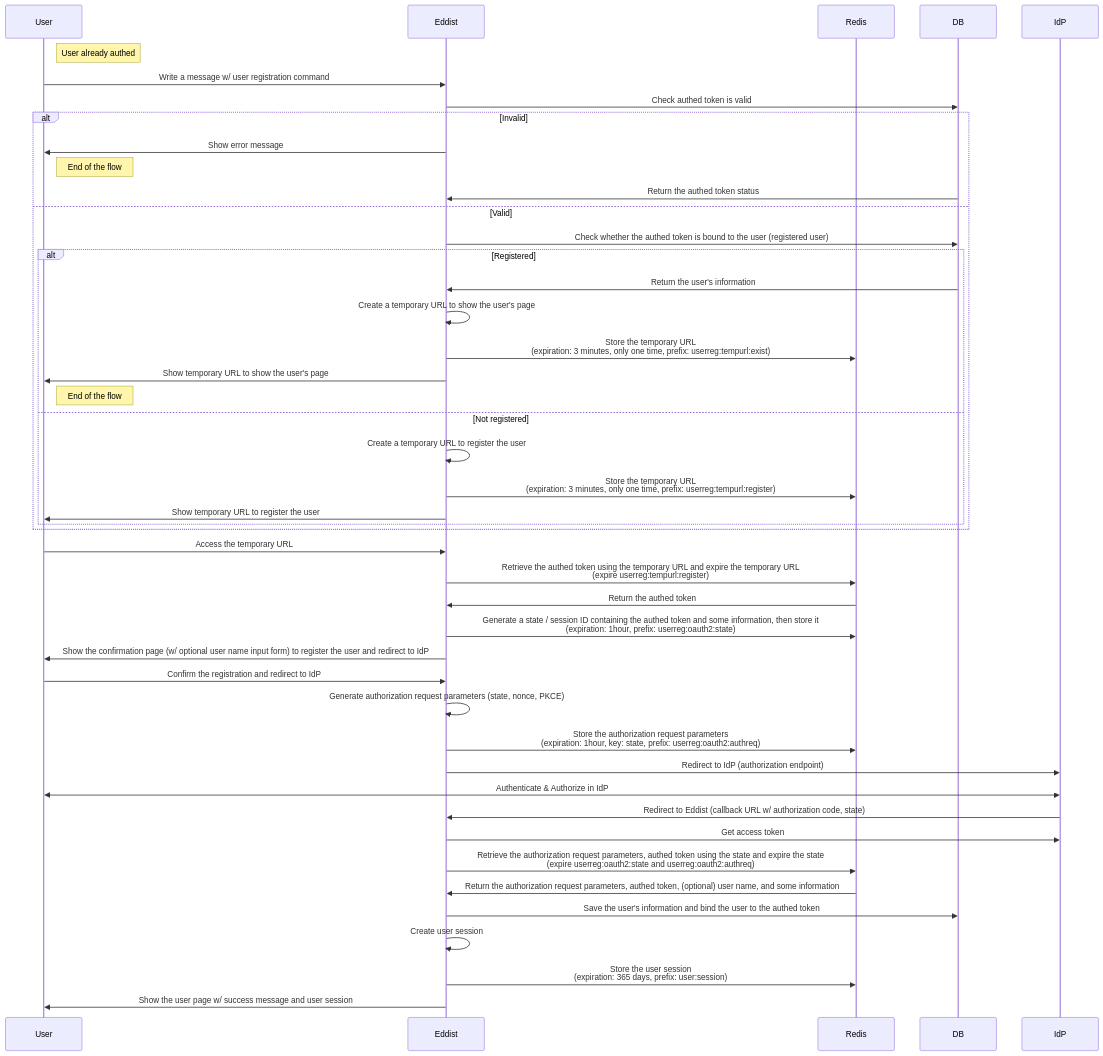
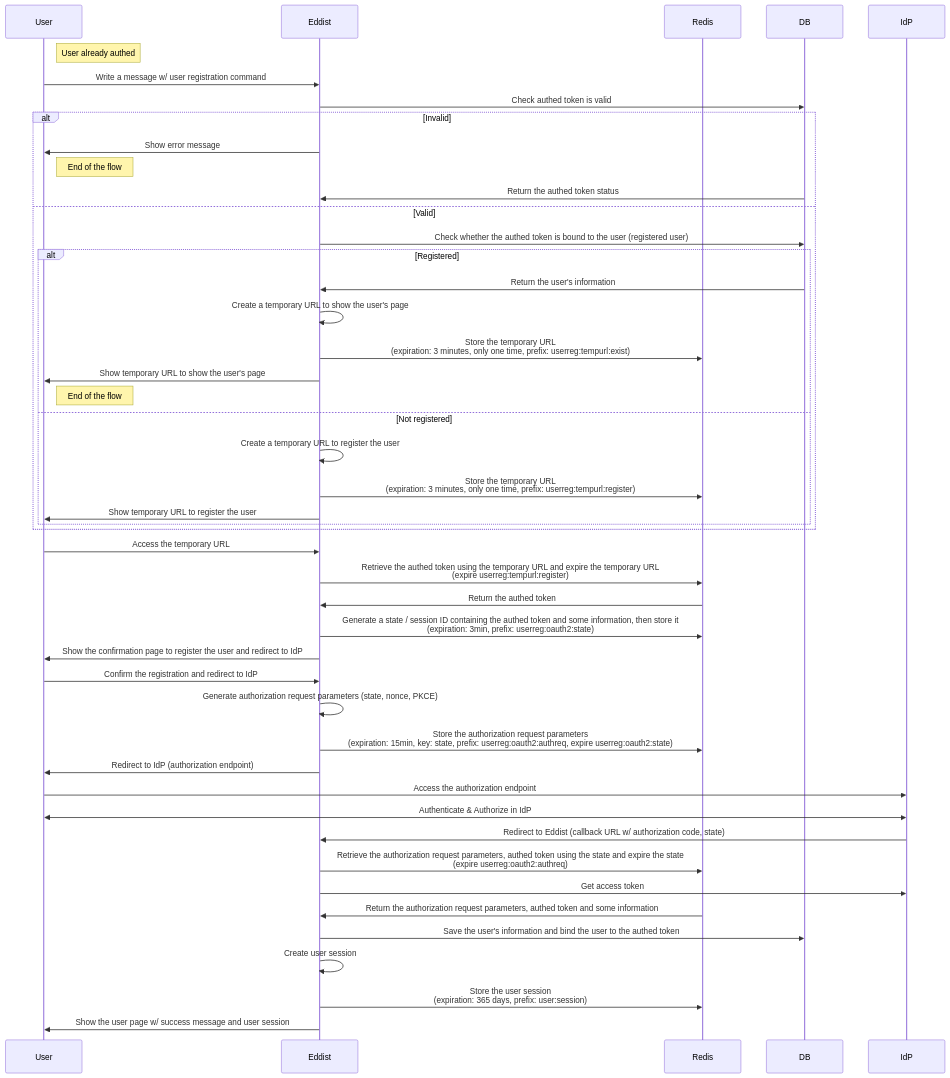
One commit to edginer/eddist changed the first of 3 diagrams in docs/user-registration.md. Above: the diagram before and after it, drawn with Mermaid. The commit also changed other lines of this file and 28 other files, not shown here.

````diff
--- a/docs/user-registration.md
+++ b/docs/user-registration.md
@@ -29,49 +29,50 @@
 ```mermaid
 sequenceDiagram
     participant User
     participant Eddist
     participant Redis
     participant DB
     participant IdP
 
     Note right of User: User already authed
     User->>Eddist: Write a message w/ user registration command
     Eddist->>DB: Check authed token is valid
     alt Invalid
         Eddist->>User: Show error message
         Note right of User: End of the flow
         DB->>Eddist: Return the authed token status
     else Valid
         Eddist->>DB: Check whether the authed token is bound to the user (registered user)
         alt Registered
             DB->>Eddist: Return the user's information
             Eddist->>Eddist: Create a temporary URL to show the user's page
             Eddist->>Redis: Store the temporary URL <br> (expiration: 3 minutes, only one time, prefix: userreg:tempurl:exist)
             Eddist->>User: Show temporary URL to show the user's page
             Note right of User: End of the flow
         else Not registered
             Eddist->>Eddist: Create a temporary URL to register the user
             Eddist->>Redis: Store the temporary URL <br> (expiration: 3 minutes, only one time, prefix: userreg:tempurl:register)
             Eddist->>User: Show temporary URL to register the user
         end
     end
     
     User->>Eddist: Access the temporary URL
     Eddist->>Redis: Retrieve the authed token using the temporary URL and expire the temporary URL <br> (expire userreg:tempurl:register)
     Redis->>Eddist: Return the authed token
-    Eddist->>Redis: Generate a state / session ID containing the authed token and some information, then store it <br> (expiration: 1hour, prefix: userreg:oauth2:state)
-    Eddist->>User: Show the confirmation page (w/ optional user name input form) to register the user and redirect to IdP
+    Eddist->>Redis: Generate a state / session ID containing the authed token and some information, then store it <br> (expiration: 3min, prefix: userreg:oauth2:state)
+    Eddist->>User: Show the confirmation page to register the user and redirect to IdP
     User->>Eddist: Confirm the registration and redirect to IdP
-    Eddist->>Eddist: Generate authorization request parameters (state, nonce, PKCE)
-    Eddist->>Redis: Store the authorization request parameters <br> (expiration: 1hour, key: state, prefix: userreg:oauth2:authreq)
-    Eddist->>IdP: Redirect to IdP (authorization endpoint)
+    Eddist->>Eddist: Generate authorization request parameters (state, nonce, PKCE)    
+    Eddist->>Redis: Store the authorization request parameters <br> (expiration: 15min, key: state, prefix: userreg:oauth2:authreq, expire userreg:oauth2:state)
+    Eddist->>User: Redirect to IdP (authorization endpoint)
+    User->>IdP: Access the authorization endpoint
     IdP<<->>User: Authenticate & Authorize in IdP
     IdP->>Eddist: Redirect to Eddist (callback URL w/ authorization code, state)
+    Eddist->>Redis: Retrieve the authorization request parameters, authed token using the state and expire the state <br> (expire userreg:oauth2:authreq)
     Eddist->>IdP: Get access token
-    Eddist->>Redis: Retrieve the authorization request parameters, authed token using the state and expire the state <br> (expire userreg:oauth2:state and userreg:oauth2:authreq)
-    Redis->>Eddist: Return the authorization request parameters, authed token, (optional) user name, and some information
+    Redis->>Eddist: Return the authorization request parameters, authed token and some information
     Eddist->>DB: Save the user's information and bind the user to the authed token
     Eddist->>Eddist: Create user session
     Eddist->>Redis: Store the user session <br> (expiration: 365 days, prefix: user:session)
     Eddist->>User: Show the user page w/ success message and user session
 ```
````
